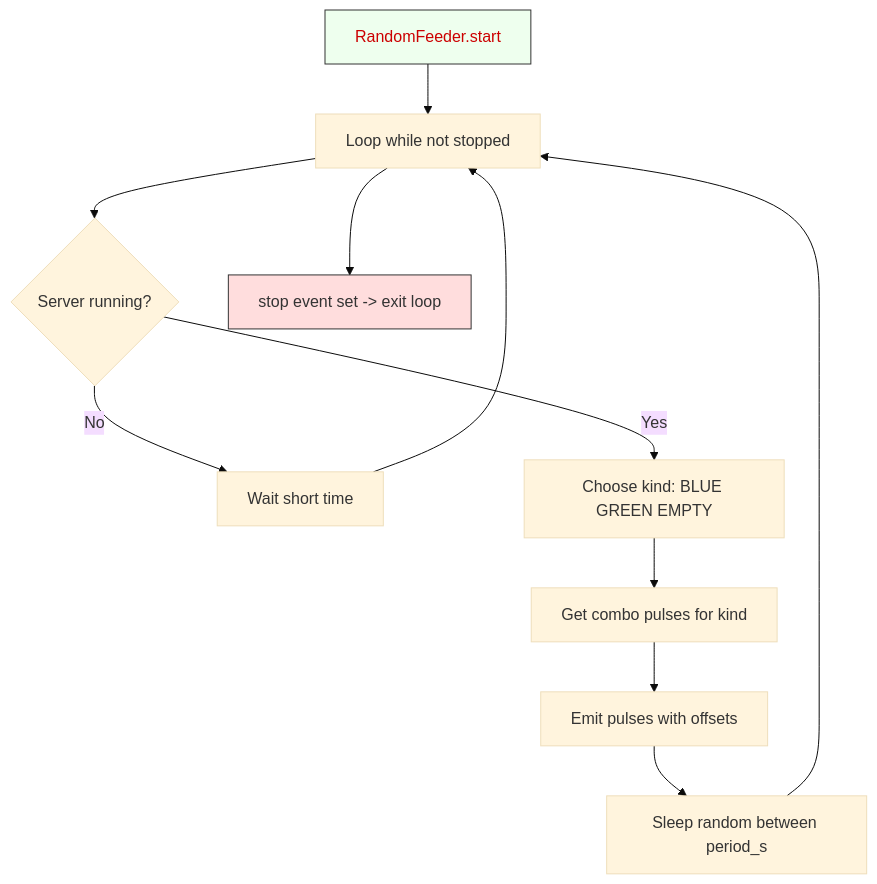
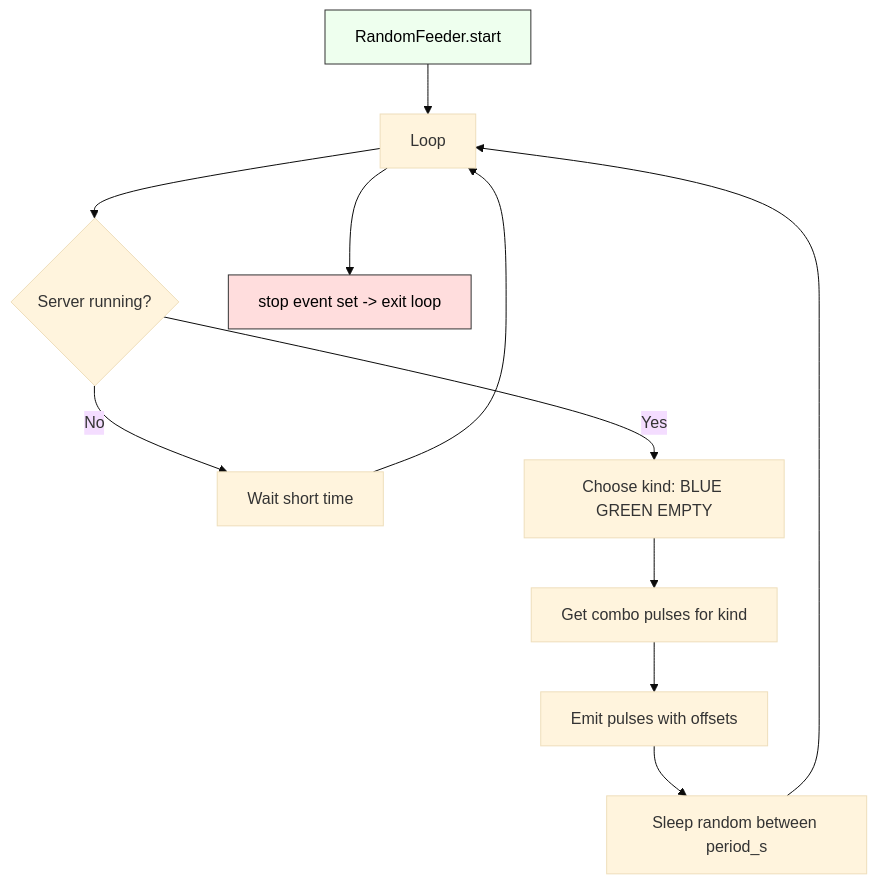
The diagram in New Project/docs/simulators/random_feeder.md (RodSalg/activity-2-modbus-and-factoryIO-Staudinger_plant_protocols), drawn with Mermaid (base theme) before and after one commit.

Commit message:
docs: atualizar fluxograma do RandomFeeder para melhor clareza

````diff
--- a/New Project/docs/simulators/random_feeder.md
+++ b/New Project/docs/simulators/random_feeder.md
@@ -17,17 +17,18 @@
 ```mermaid
 flowchart TD
-    classDef redText fill:#efe,stroke:#333,stroke-width:1px,color:#c00;
-    A[RandomFeeder.start] --> B[Loop while not stopped]
-    class A redText
+    classDef blackText color:#000,fill:#fff,stroke:#333,stroke-width:1px;
+    A["RandomFeeder.start"] --> B[Loop]
+    class A blackText
     B --> C{Server running?}
     C -- No --> D[Wait short time]
     D --> B
     C -- Yes --> E[Choose kind: BLUE GREEN EMPTY]
     E --> F[Get combo pulses for kind]
     F --> G[Emit pulses with offsets]
     G --> H[Sleep random between period_s]
     H --> B
     B --> I[stop event set -> exit loop]
+    class I blackText
     style A fill:#efe,stroke:#333,stroke-width:1px
     style I fill:#fdd,stroke:#333,stroke-width:1px
 ```
````
